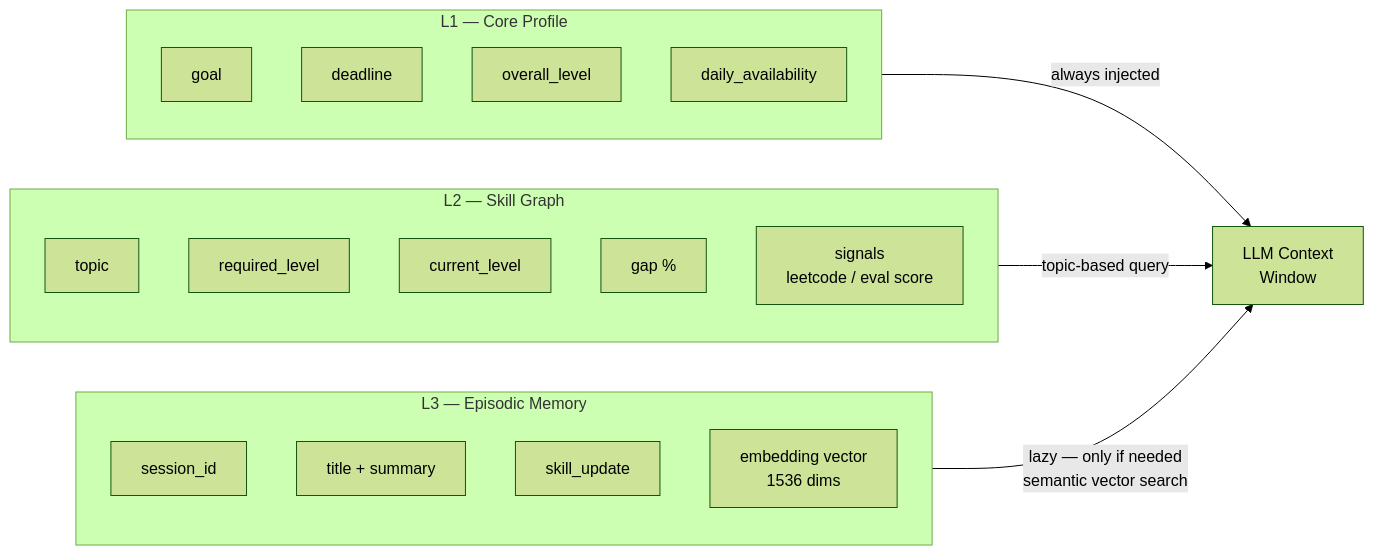
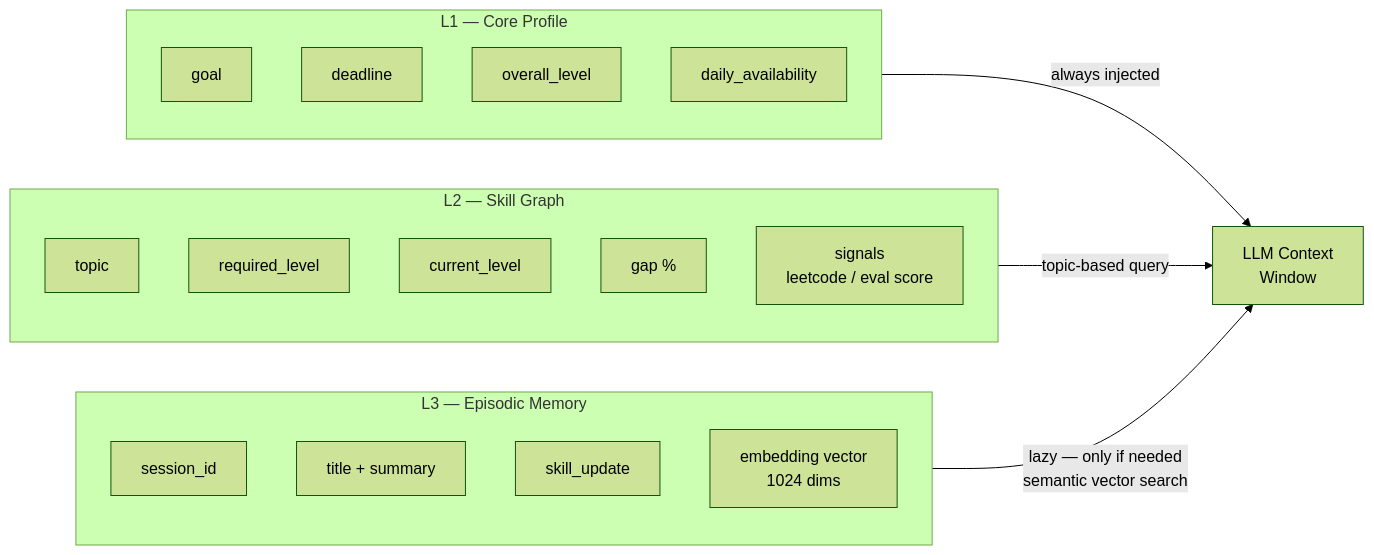
The second of 4 diagrams in architecture.md (gbnathworkspace/layered-memory-service), drawn with Mermaid (forest theme) before and after one commit. The commit also changed other lines of this file and 2 other files, not shown here.

Commit message:
Switch embedding service from OpenAI to Voyage AI (voyage-3, 1024 dims)

````diff
--- a/architecture.md
+++ b/architecture.md
@@ -56,33 +56,33 @@
 ```mermaid
 graph LR
     subgraph L1["L1 — Core Profile"]
         direction TB
         P1[goal]
         P2[deadline]
         P3[overall_level]
         P4[daily_availability]
     end
 
     subgraph L2["L2 — Skill Graph"]
         direction TB
         S1[topic]
         S2[required_level]
         S3[current_level]
         S4[gap %]
         S5[signals\nleetcode / eval score]
     end
 
     subgraph L3["L3 — Episodic Memory"]
         direction TB
         E1[session_id]
         E2[title + summary]
         E3[skill_update]
-        E4[embedding vector\n1536 dims]
+        E4[embedding vector\n1024 dims]
     end
 
     LLM[LLM Context\nWindow]
 
     L1 -->|always injected| LLM
     L2 -->|topic-based query| LLM
     L3 -->|lazy — only if needed\nsemantic vector search| LLM
 ```
````
